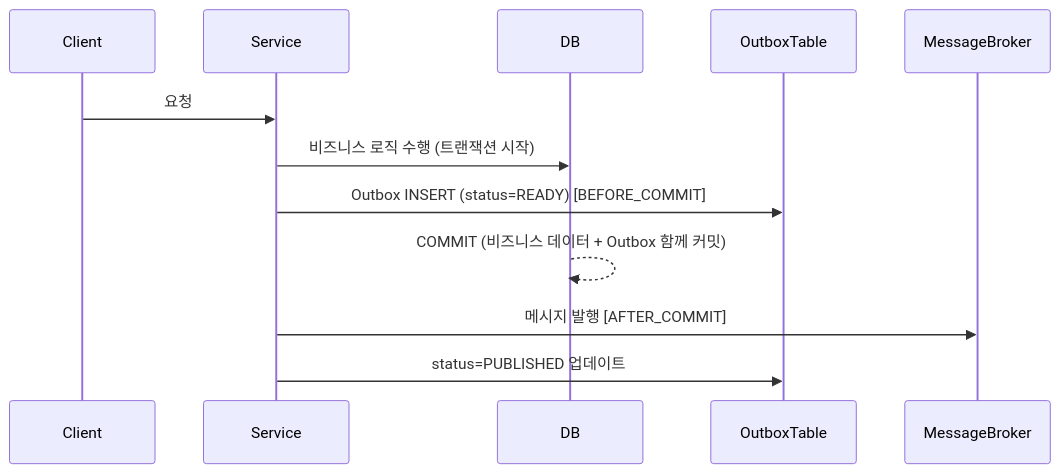
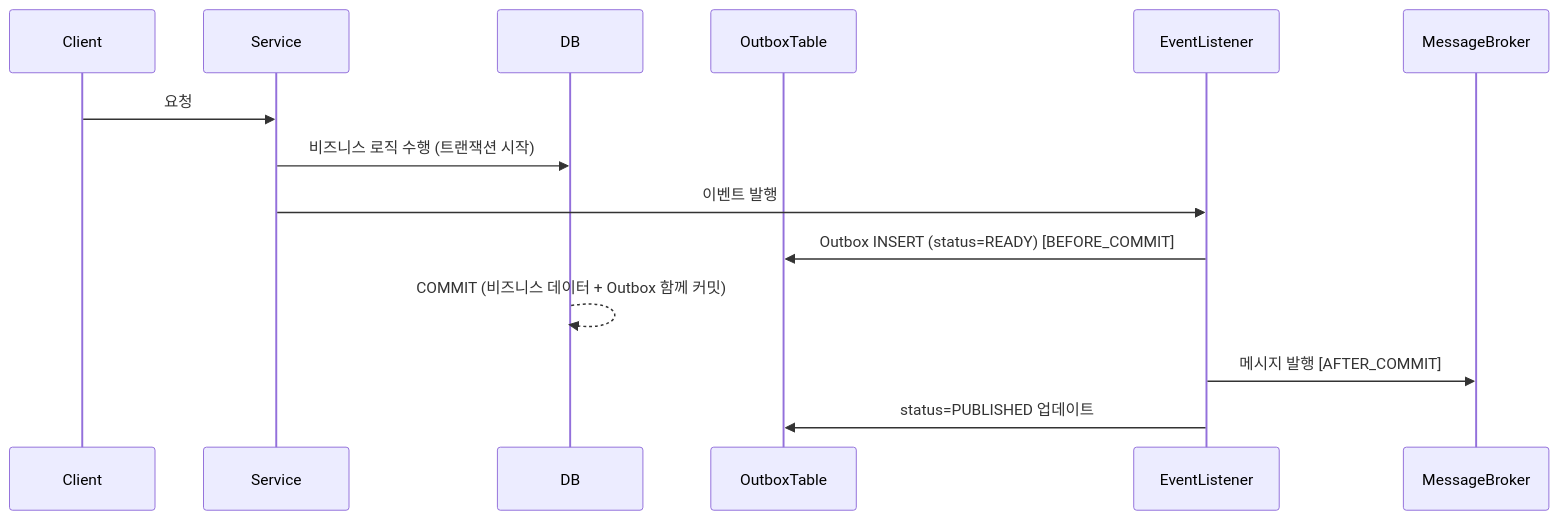
One commit to cousim46/study-collection changed the diagram in outinbox/README.md. Above: the diagram before and after it, drawn with Mermaid. The commit also changed other lines of this file, not shown here.

Commit message:
docs : Outbox Pattern 문제 해결 방법 - Polling Publisher

````diff
--- a/outinbox/README.md
+++ b/outinbox/README.md
@@ -22,15 +22,17 @@
 ```mermaid
 sequenceDiagram
     participant Client
     participant Service
     participant DB
     participant OutboxTable
+    participant EventListener
     participant MessageBroker
 
     Client->>Service: 요청
     Service->>DB: 비즈니스 로직 수행 (트랜잭션 시작)
-    Service->>OutboxTable: Outbox INSERT (status=READY) [BEFORE_COMMIT]
+    Service->>EventListener: 이벤트 발행
+    EventListener->>OutboxTable: Outbox INSERT (status=READY) [BEFORE_COMMIT]
     DB-->>DB: COMMIT (비즈니스 데이터 + Outbox 함께 커밋)
-    Service->>MessageBroker: 메시지 발행 [AFTER_COMMIT]
-    Service->>OutboxTable: status=PUBLISHED 업데이트
+    EventListener->>MessageBroker: 메시지 발행 [AFTER_COMMIT]
+    EventListener->>OutboxTable: status=PUBLISHED 업데이트
 ```
````
